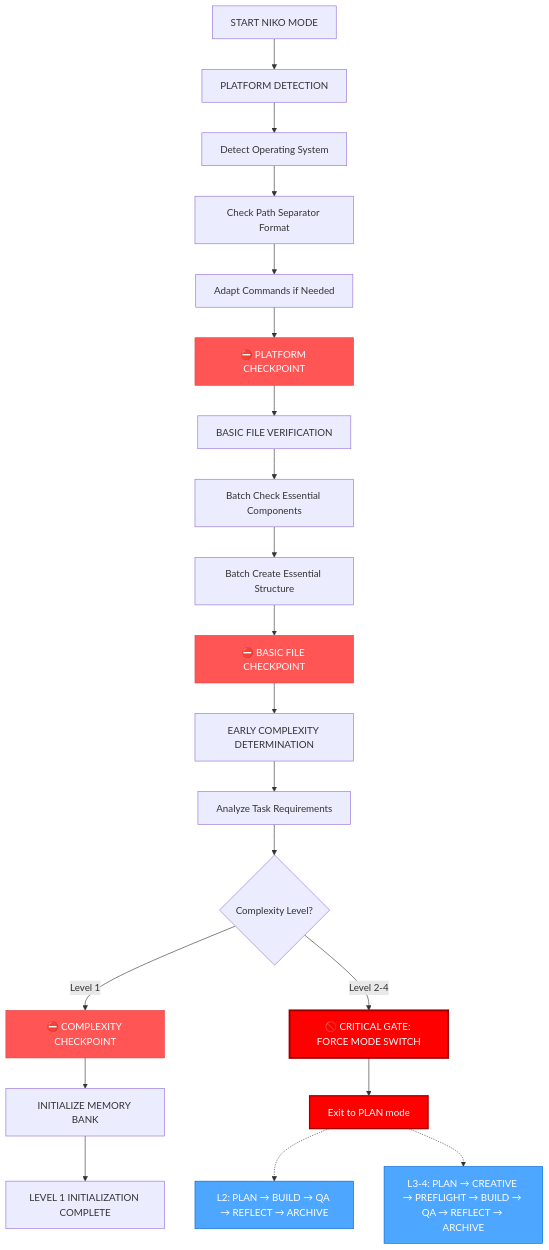
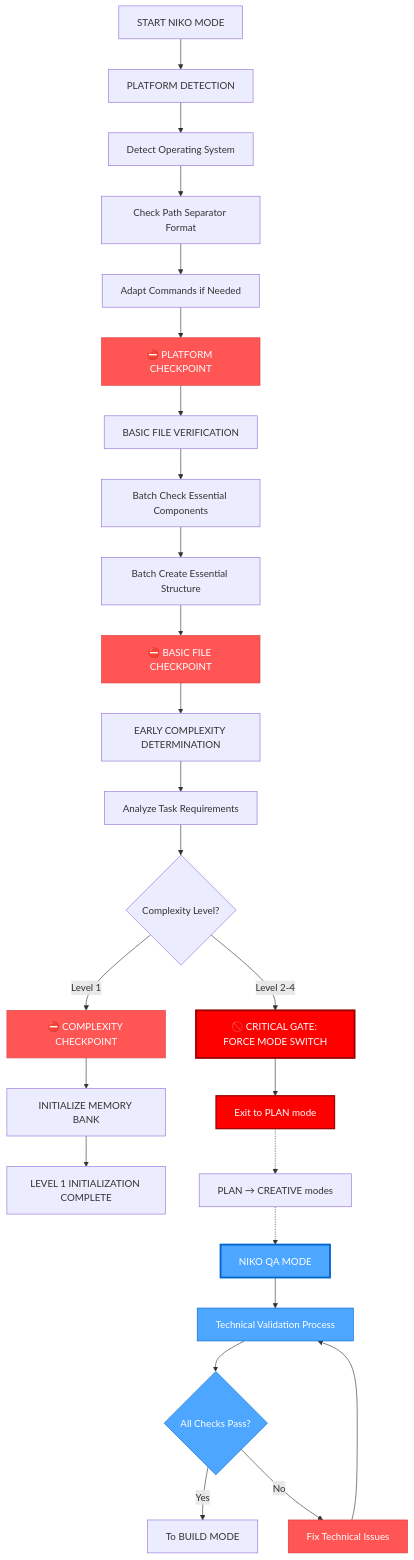
Before and after one commit to Texarkanine/.cursor-rules: the first of 13 diagrams in rulesets/niko/niko/visual-maps/van-mode-map.mdc, drawn with Mermaid. The commit also changed other lines of this file and 30 other files, not shown here.

````diff
--- a/rulesets/niko/niko/visual-maps/van-mode-map.mdc
+++ b/rulesets/niko/niko/visual-maps/van-mode-map.mdc
@@ -12,41 +12,48 @@
 ```mermaid
 graph TD
     Start["START NIKO MODE"] --> PlatformDetect["PLATFORM DETECTION"]
     PlatformDetect --> DetectOS["Detect Operating System"]
     DetectOS --> CheckPath["Check Path Separator Format"]
     CheckPath --> AdaptCmds["Adapt Commands if Needed"]
     AdaptCmds --> PlatformCP["⛔ PLATFORM CHECKPOINT"]
     
     %% Basic File Verification with checkpoint
     PlatformCP --> BasicFileVerify["BASIC FILE VERIFICATION"]
     BasicFileVerify --> BatchCheck["Batch Check Essential Components"]
     BatchCheck --> BatchCreate["Batch Create Essential Structure"]
     BatchCreate --> BasicFileCP["⛔ BASIC FILE CHECKPOINT"]
     
     %% Early Complexity Determination
     BasicFileCP --> EarlyComplexity["EARLY COMPLEXITY DETERMINATION"]
     EarlyComplexity --> AnalyzeTask["Analyze Task Requirements"]
     AnalyzeTask --> EarlyLevelCheck{"Complexity Level?"}
     
     %% Level handling paths
     EarlyLevelCheck -->|"Level 1"| ComplexityCP["⛔ COMPLEXITY CHECKPOINT"]
     EarlyLevelCheck -->|"Level 2-4"| CRITICALGATE["🚫 CRITICAL GATE: FORCE MODE SWITCH"]
     CRITICALGATE --> ForceExit["Exit to PLAN mode"]
     
     %% Level 1 continues normally
     ComplexityCP --> InitSystem["INITIALIZE MEMORY BANK"]
     InitSystem --> Complete1["LEVEL 1 INITIALIZATION COMPLETE"]
     
-    %% Level-dependent workflow paths after PLAN mode
-    ForceExit -.-> L2Path["L2: PLAN → BUILD → QA → REFLECT → ARCHIVE"]
-    ForceExit -.-> L34Path["L3-4: PLAN → CREATIVE → PREFLIGHT → BUILD → QA → REFLECT → ARCHIVE"]
-
+    %% For Level 2+ tasks after PLAN and CREATIVE modes
+    ForceExit -.-> OtherModes["PLAN → CREATIVE modes"]
+    OtherModes -.-> VANQA["NIKO QA MODE"]
+    VANQA --> QAProcess["Technical Validation Process"]
+    QAProcess --> QACheck{"All Checks Pass?"}
+    QACheck -->|"Yes"| BUILD["To BUILD MODE"]
+    QACheck -->|"No"| FixIssues["Fix Technical Issues"]
+    FixIssues --> QAProcess
+    
     %% Style nodes
     style PlatformCP fill:#f55,stroke:#d44,color:white
     style BasicFileCP fill:#f55,stroke:#d44,color:white
     style ComplexityCP fill:#f55,stroke:#d44,color:white
     style CRITICALGATE fill:#ff0000,stroke:#990000,color:white,stroke-width:3px
     style ForceExit fill:#ff0000,stroke:#990000,color:white,stroke-width:2px
-    style L2Path fill:#4da6ff,stroke:#0066cc,color:white
-    style L34Path fill:#4da6ff,stroke:#0066cc,color:white
+    style VANQA fill:#4da6ff,stroke:#0066cc,color:white,stroke-width:3px
+    style QAProcess fill:#4da6ff,stroke:#0066cc,color:white
+    style QACheck fill:#4da6ff,stroke:#0066cc,color:white
+    style FixIssues fill:#ff5555,stroke:#dd3333,color:white
 ```
````
